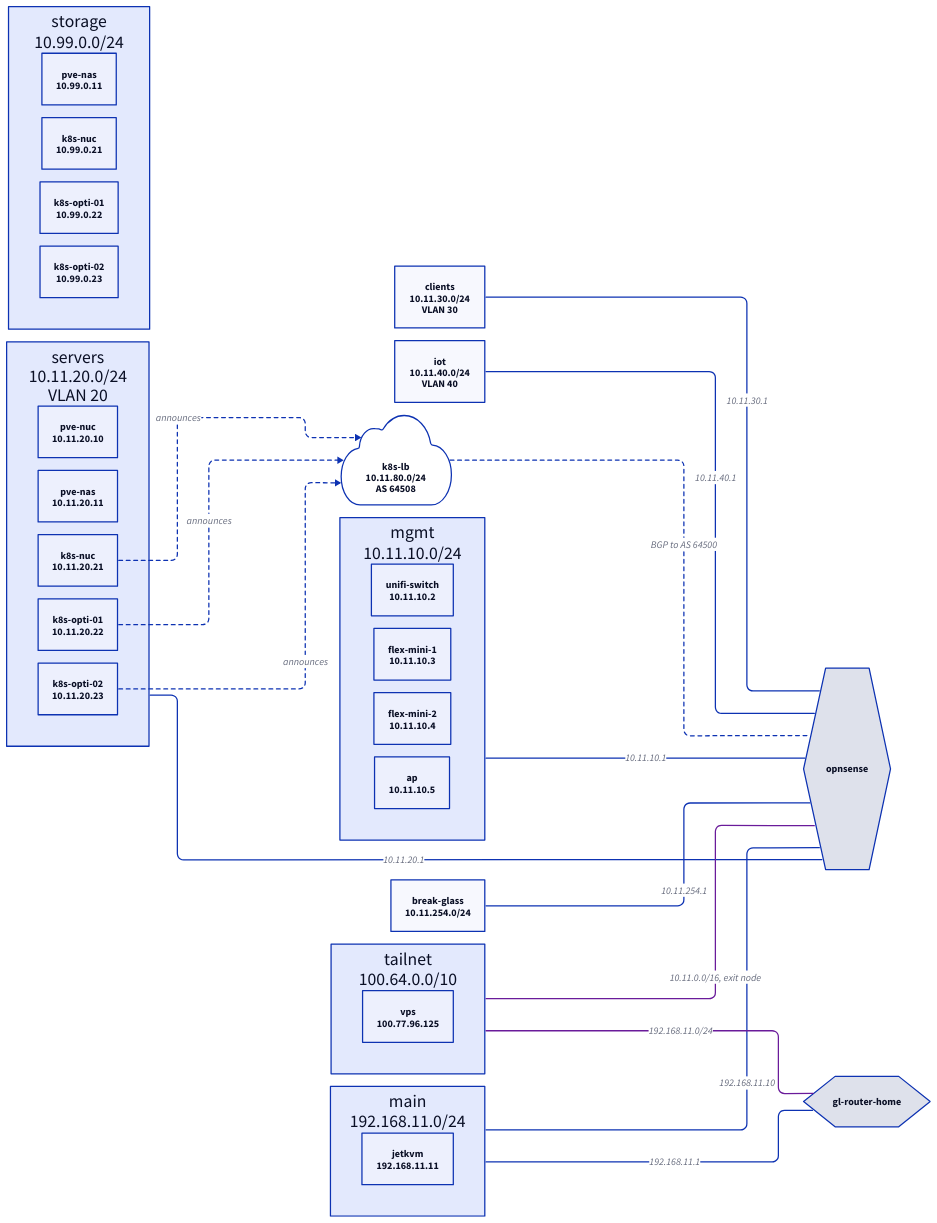
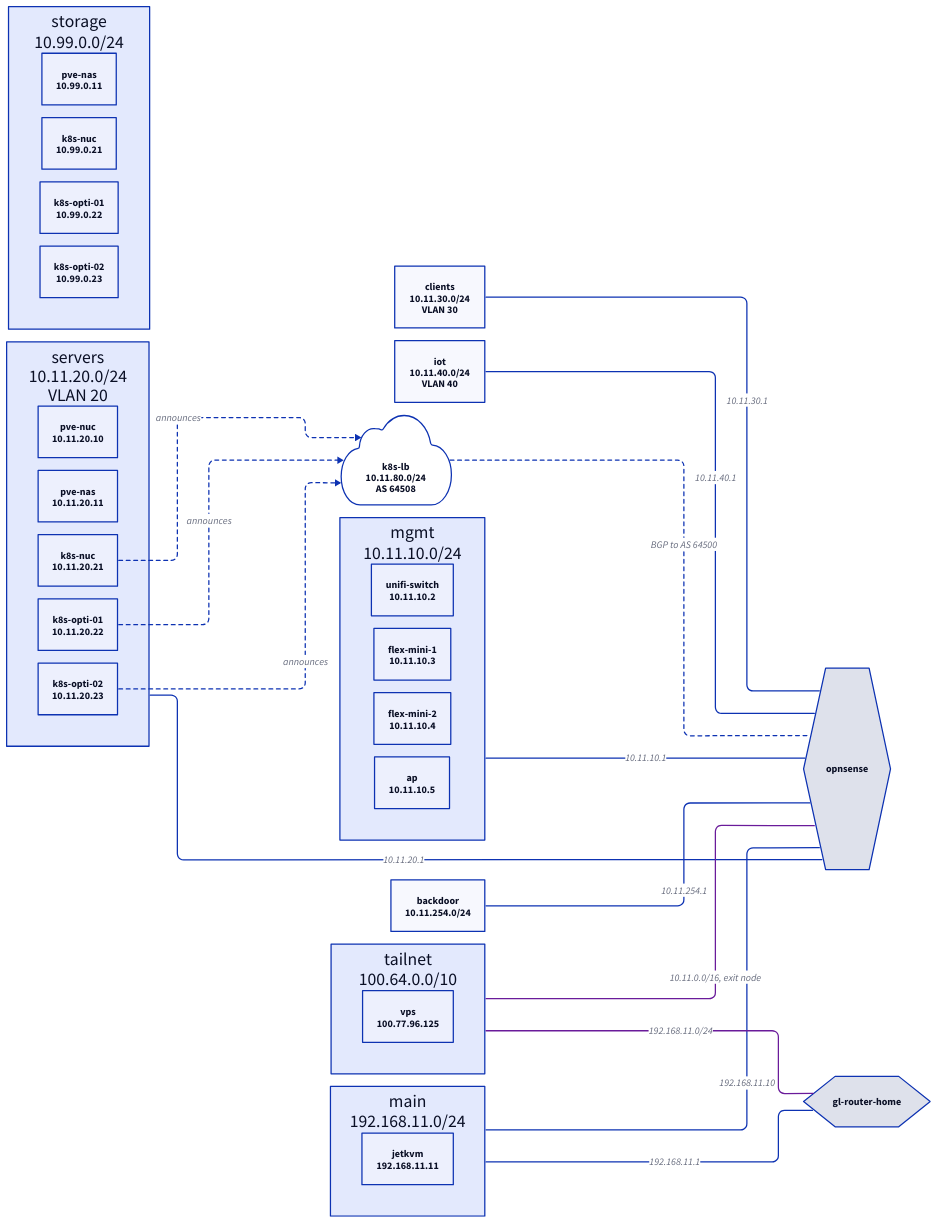
Before and after one commit to subbeh/home-ops: the diagram in docs/diagrams/network.d2, drawn with D2. The commit also changed 4 other files, not shown here.

Commit message:
refactor(ansible): rename the break-glass Network to backdoor

```diff
--- a/docs/diagrams/network.d2
+++ b/docs/diagrams/network.d2
@@ -1,65 +1,65 @@
 # GENERATED by just docs; do not edit. `just docs` renders it to network.svg.
 # The Networks from network.yaml with their addresses, the routers between them, the Pools
 # and the tailnet routes. A Network with no edge to a router is unrouted.
 direction: right
 # dagre routes edges through unrelated Network containers; elk doesn't.
 vars: {d2-config: {layout-engine: elk}}
 
 "gl-router-home": {shape: hexagon}
 "opnsense": {shape: hexagon}
 
 "main": {
   label: "main\n192.168.11.0/24"
   "jetkvm": "jetkvm\n192.168.11.11"
 }
 "main" -- "gl-router-home": "192.168.11.1"
 "main" -- "opnsense": "192.168.11.10"
 "mgmt": {
   label: "mgmt\n10.11.10.0/24"
   "unifi-switch": "unifi-switch\n10.11.10.2"
   "flex-mini-1": "flex-mini-1\n10.11.10.3"
   "flex-mini-2": "flex-mini-2\n10.11.10.4"
   "ap": "ap\n10.11.10.5"
 }
 "mgmt" -- "opnsense": "10.11.10.1"
 "servers": {
   label: "servers\n10.11.20.0/24\nVLAN 20"
   "pve-nuc": "pve-nuc\n10.11.20.10"
   "pve-nas": "pve-nas\n10.11.20.11"
   "k8s-nuc": "k8s-nuc\n10.11.20.21"
   "k8s-opti-01": "k8s-opti-01\n10.11.20.22"
   "k8s-opti-02": "k8s-opti-02\n10.11.20.23"
 }
 "servers" -- "opnsense": "10.11.20.1"
 "clients": {
   label: "clients\n10.11.30.0/24\nVLAN 30"
 }
 "clients" -- "opnsense": "10.11.30.1"
 "iot": {
   label: "iot\n10.11.40.0/24\nVLAN 40"
 }
 "iot" -- "opnsense": "10.11.40.1"
-"break-glass": {
-  label: "break-glass\n10.11.254.0/24"
+"backdoor": {
+  label: "backdoor\n10.11.254.0/24"
 }
-"break-glass" -- "opnsense": "10.11.254.1"
+"backdoor" -- "opnsense": "10.11.254.1"
 "storage": {
   label: "storage\n10.99.0.0/24"
   "pve-nas": "pve-nas\n10.99.0.11"
   "k8s-nuc": "k8s-nuc\n10.99.0.21"
   "k8s-opti-01": "k8s-opti-01\n10.99.0.22"
   "k8s-opti-02": "k8s-opti-02\n10.99.0.23"
 }
 "tailnet": {
   label: "tailnet\n100.64.0.0/10"
   "vps": "vps\n100.77.96.125"
 }
 
 "k8s-lb": "k8s-lb\n10.11.80.0/24\nAS 64508" {shape: cloud}
 "k8s-lb" -- "opnsense": "BGP to AS 64500" {style.stroke-dash: 3}
 "servers"."k8s-nuc" -> "k8s-lb": announces {style.stroke-dash: 3}
 "servers"."k8s-opti-01" -> "k8s-lb": announces {style.stroke-dash: 3}
 "servers"."k8s-opti-02" -> "k8s-lb": announces {style.stroke-dash: 3}
 
 tailnet -- "opnsense": "10.11.0.0/16, exit node" {style.stroke: "#6A1B9A"}
 tailnet -- "gl-router-home": "192.168.11.0/24" {style.stroke: "#6A1B9A"}
```
